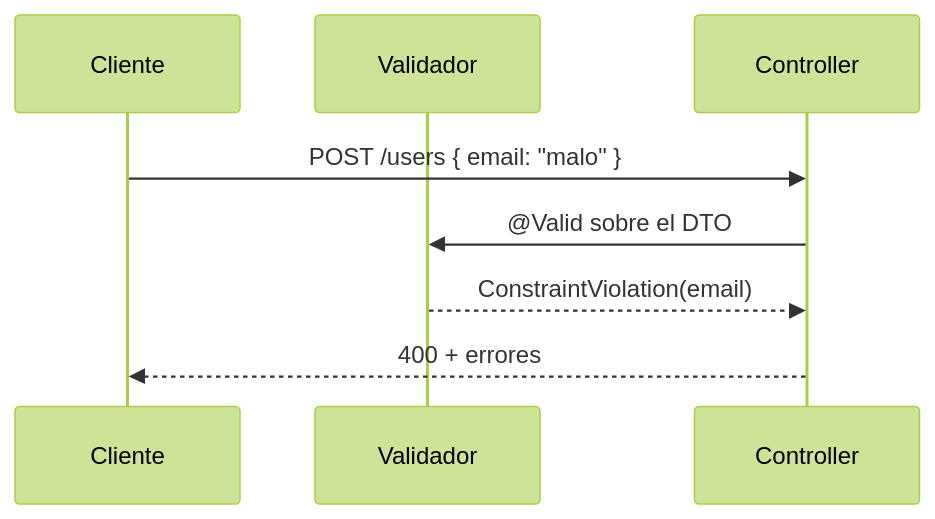
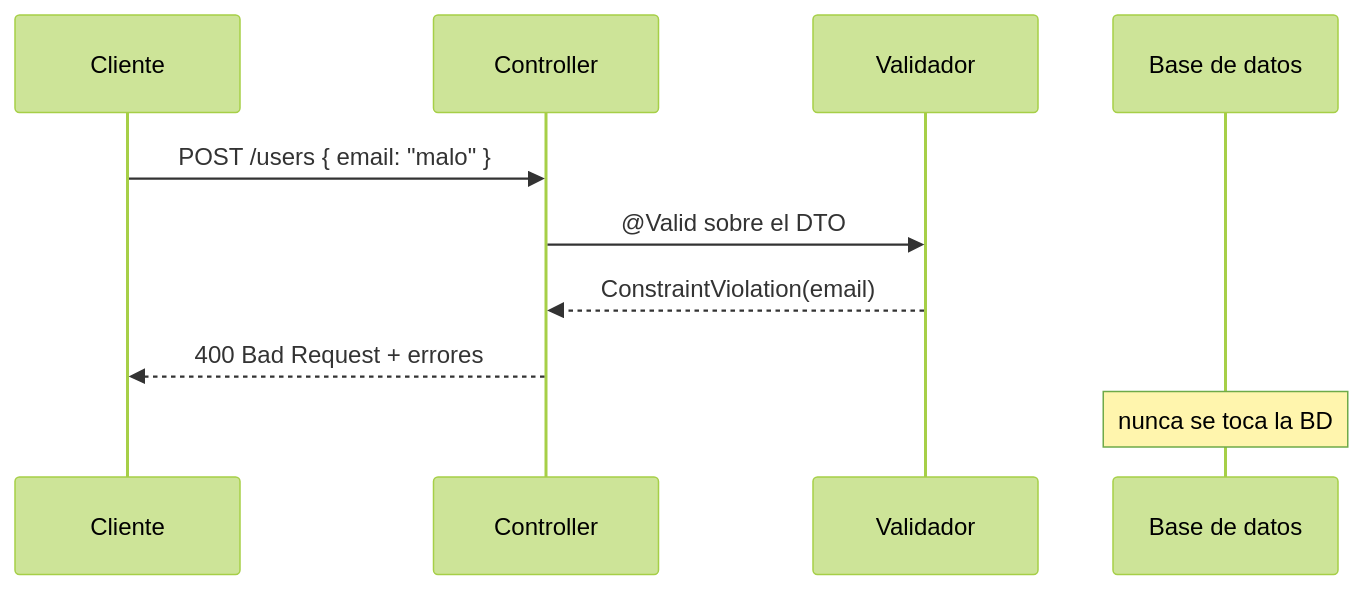
One commit to obiticadev/DAM-2025-26 changed the first of 4 diagrams in Programación/Aprendizaje autodidacta/11_APIRESTMasterclass/teoria/08_Bean_Validation.md. Above: the diagram before and after it, drawn with Mermaid (forest theme). The commit also changed other lines of this file and 40 other files, not shown here.

````diff
--- a/Programación/Aprendizaje autodidacta/11_APIRESTMasterclass/teoria/08_Bean_Validation.md
+++ b/Programación/Aprendizaje autodidacta/11_APIRESTMasterclass/teoria/08_Bean_Validation.md
@@ -10,10 +35,12 @@
 ```mermaid
 sequenceDiagram
     participant C as Cliente
+    participant Ctrl as Controller
     participant V as Validador
-    participant Ctrl as Controller
+    participant DB as Base de datos
     C->>Ctrl: POST /users { email: "malo" }
     Ctrl->>V: @Valid sobre el DTO
     V-->>Ctrl: ConstraintViolation(email)
-    Ctrl-->>C: 400 + errores
+    Ctrl-->>C: 400 Bad Request + errores
+    Note over DB: nunca se toca la BD
 ```
````
